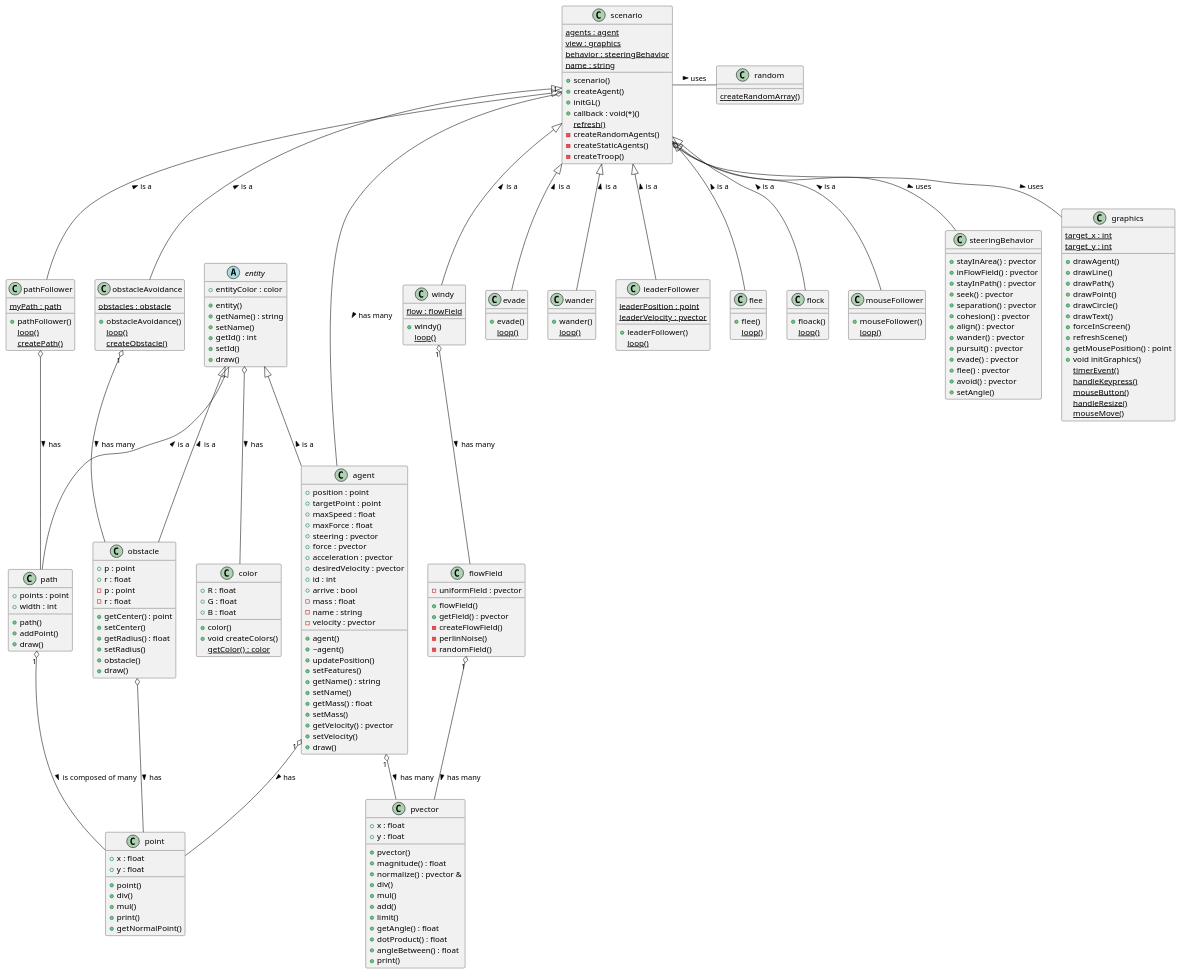
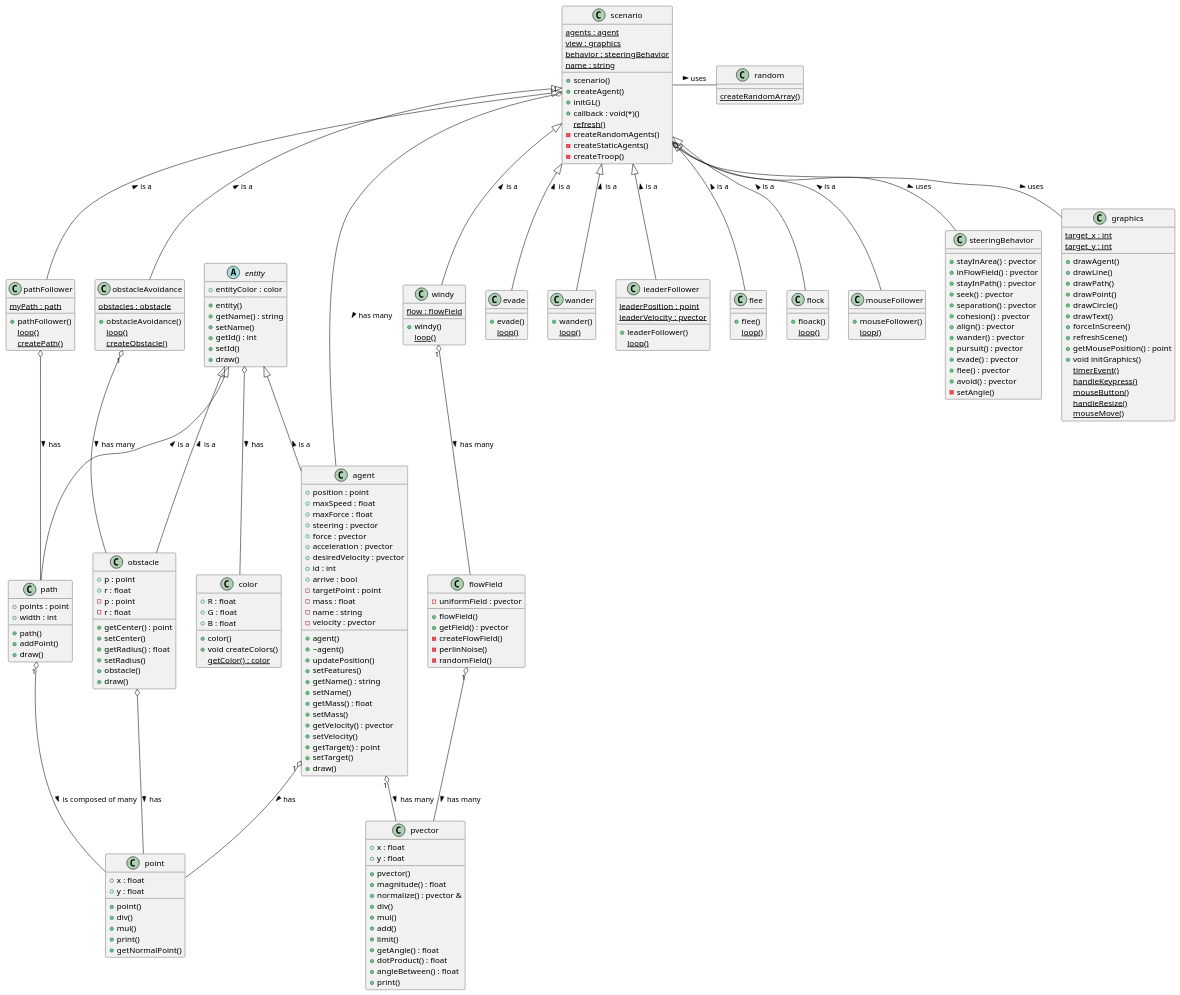
The diagram in docs/uml/class_diagram.puml (mehmetrizaoz/autonomousSteeringAgents), drawn with PlantUML before and after one commit. The commit also changed 10 other files, not shown here.

```diff
--- a/docs/uml/class_diagram.puml
+++ b/docs/uml/class_diagram.puml
@@ -76,7 +76,7 @@
   +evade() : pvector
   +flee() : pvector
   +avoid() : pvector
-  +setAngle()
+  -setAngle()
 }
 
 class scenario {
@@ -117,9 +117,10 @@
   +setMass()
   +getVelocity() : pvector
   +setVelocity()  
+  +getTarget() : point
+  +setTarget()  
   +draw()
-  +position : point
-  +targetPoint : point
+  +position : point  
   +maxSpeed : float
   +maxForce : float
   +steering : pvector
@@ -128,6 +129,7 @@
   +desiredVelocity : pvector
   +id : int
   +arrive : bool
+  -targetPoint : point
   -mass : float
   -name : string
   -velocity : pvector
```
